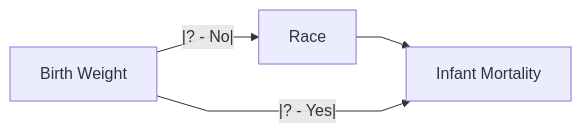
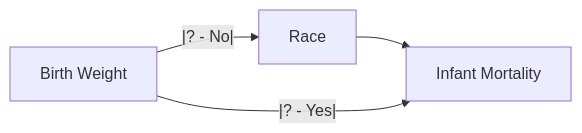
Before and after one commit to flemm0/PM592: the diagram in Lecture_Materials/Week06/README.md, drawn with Mermaid. The commit also changed other lines of this file, not shown here.

````diff
--- a/Lecture_Materials/Week06/README.md
+++ b/Lecture_Materials/Week06/README.md
@@ -84,11 +83,10 @@
 ```mermaid
-%%{ init : { "theme" : "default", "flowchart" : { "curve" : "linear" }}}%%
 graph LR
 X[Race]
 Y[Infant Mortality]
 Conf[Birth Weight]
 
 X --> Y
 Conf --|? - Yes|--> Y 
 Conf --|? - No|--> X
 ```
````
